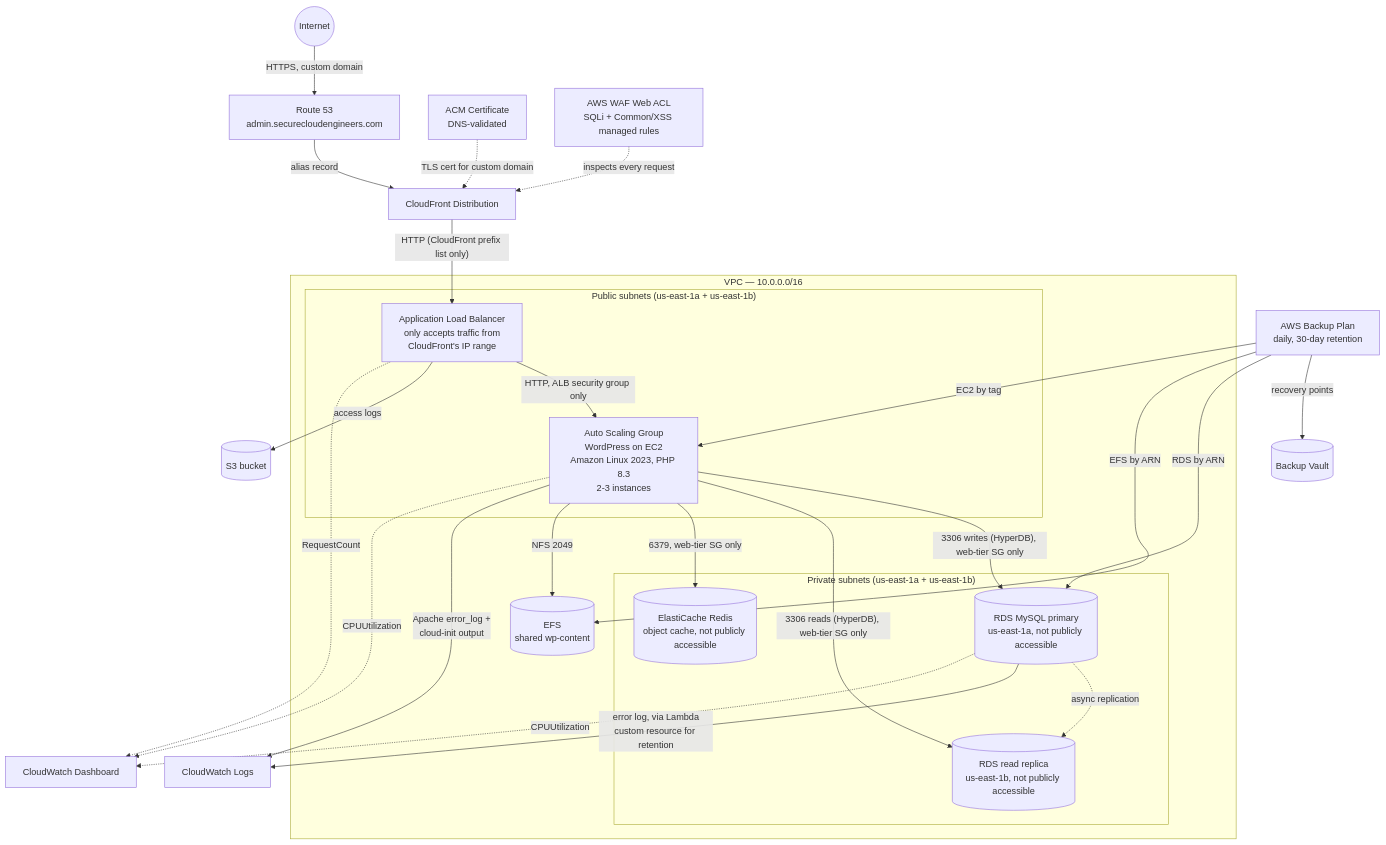
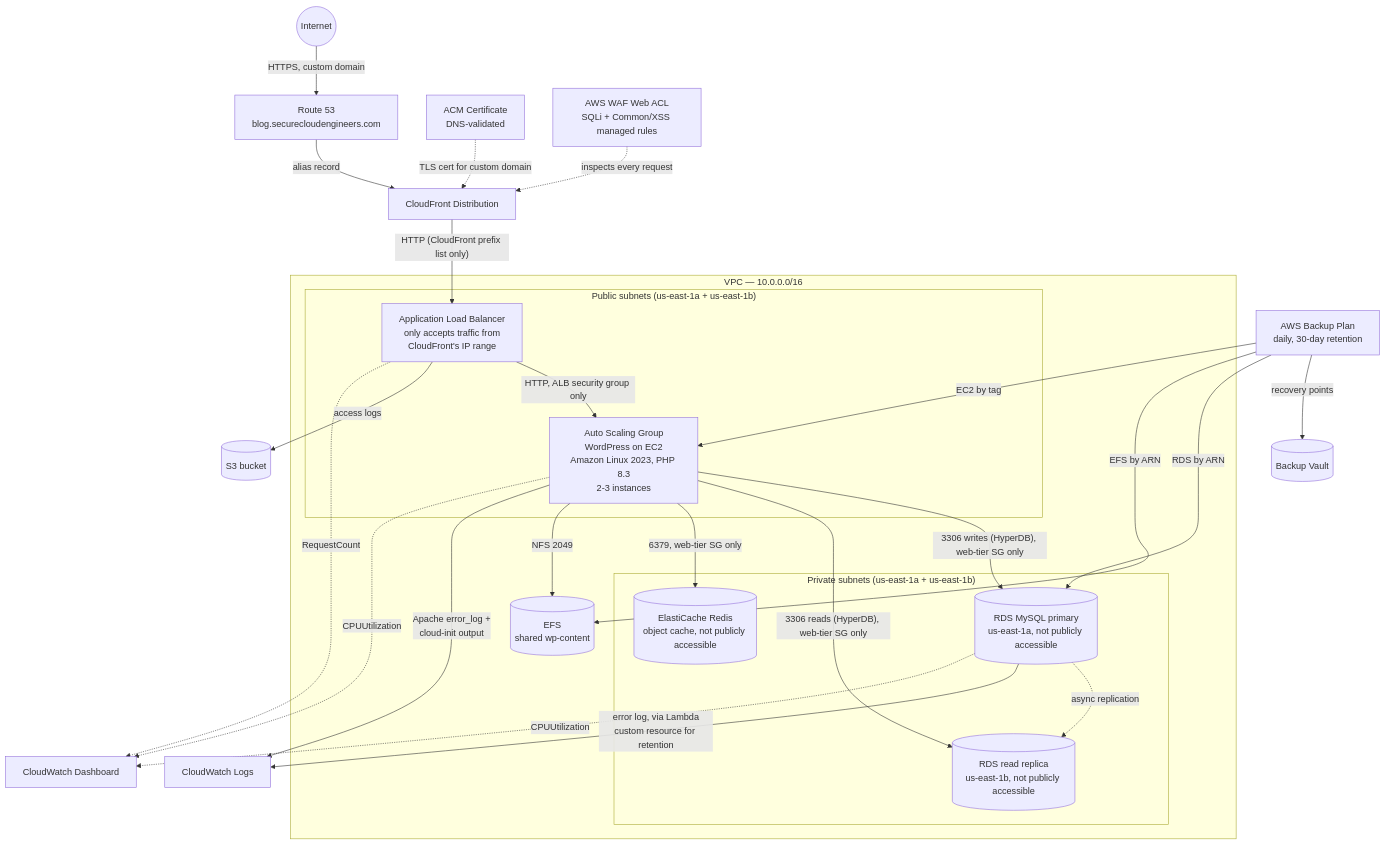
Before and after one commit to bdahiya2007/three-tier-web-app-aws: the first of 2 diagrams in README.md, drawn with Mermaid. The commit also changed other lines of this file and 2 other files, not shown here.

````diff
--- a/README.md
+++ b/README.md
@@ -29,48 +29,48 @@
 ```mermaid
 flowchart TB
     Internet((Internet))
-    R53[Route 53<br/>admin.securecloudengineers.com]
+    R53[Route 53<br/>blog.securecloudengineers.com]
     ACM[ACM Certificate<br/>DNS-validated]
     WAF[AWS WAF Web ACL<br/>SQLi + Common/XSS managed rules]
     CF[CloudFront Distribution]
 
     subgraph VPC["VPC — 10.0.0.0/16"]
         subgraph Public["Public subnets (us-east-1a + us-east-1b)"]
             ALB["Application Load Balancer<br/>only accepts traffic from<br/>CloudFront's IP range"]
             ASG["Auto Scaling Group<br/>WordPress on EC2<br/>Amazon Linux 2023, PHP 8.3<br/>2-3 instances"]
         end
         subgraph Private["Private subnets (us-east-1a + us-east-1b)"]
             RDS[("RDS MySQL primary<br/>us-east-1a, not publicly accessible")]
             Replica[("RDS read replica<br/>us-east-1b, not publicly accessible")]
             Redis[("ElastiCache Redis<br/>object cache, not publicly accessible")]
         end
         EFS[("EFS<br/>shared wp-content")]
     end
 
     Internet -->|HTTPS, custom domain| R53
     R53 -->|alias record| CF
     ACM -.->|TLS cert for custom domain| CF
     WAF -.->|inspects every request| CF
     CF -->|"HTTP (CloudFront prefix list only)"| ALB
     ALB -->|HTTP, ALB security group only| ASG
     ASG -->|"3306 writes (HyperDB), web-tier SG only"| RDS
     ASG -->|"3306 reads (HyperDB), web-tier SG only"| Replica
     RDS -.->|async replication| Replica
     ASG -->|"6379, web-tier SG only"| Redis
     ASG -->|NFS 2049| EFS
 
     ALB -->|access logs| S3[(S3 bucket)]
     ASG -->|Apache error_log +<br/>cloud-init output| CWLogs[CloudWatch Logs]
     RDS -->|error log, via Lambda<br/>custom resource for retention| CWLogs
     CWDash[CloudWatch Dashboard]
     ASG -.->|CPUUtilization| CWDash
     RDS -.->|CPUUtilization| CWDash
 
     Backup["AWS Backup Plan<br/>daily, 30-day retention"]
     Vault[("Backup Vault")]
     Backup -->|RDS by ARN| RDS
     Backup -->|EFS by ARN| EFS
     Backup -->|EC2 by tag| ASG
     Backup -->|recovery points| Vault
     ALB -.->|RequestCount| CWDash
 ```
````
